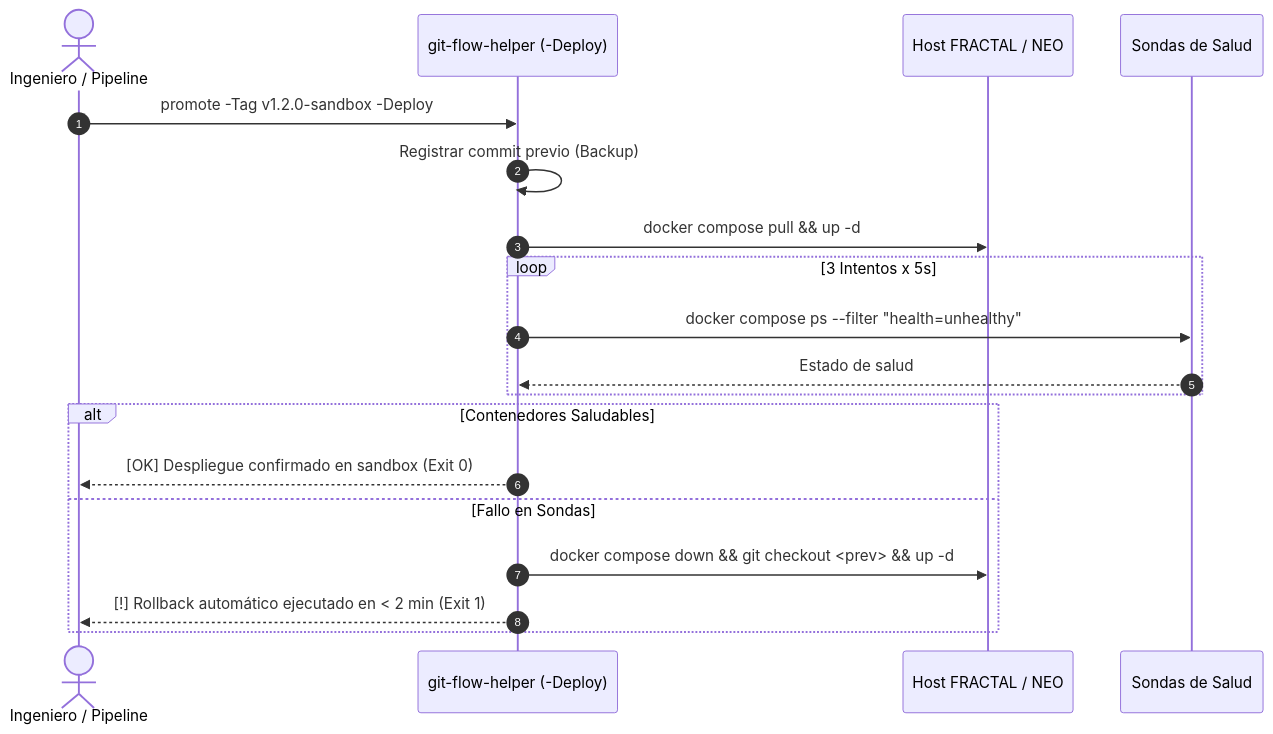
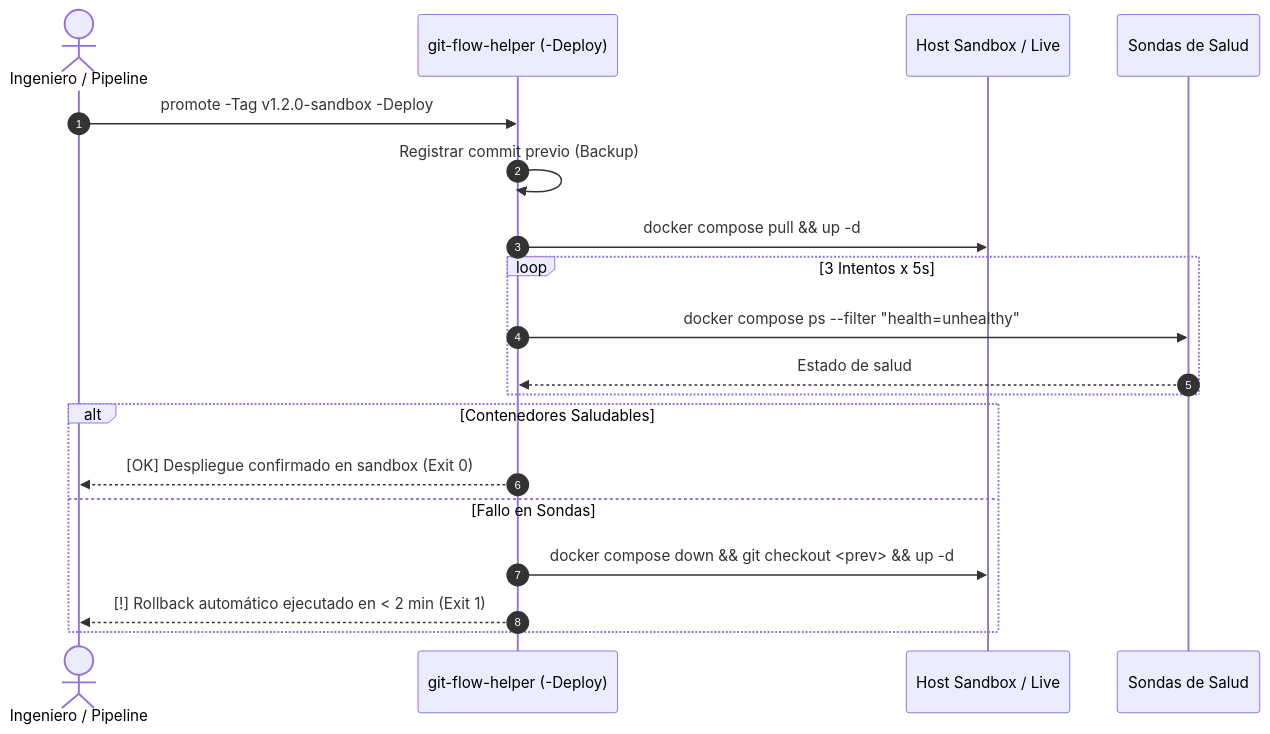
The diagram in doc/04-operations/runbooks/MANUAL_multitier_deployment.md (ACB75/aagy), drawn with Mermaid before and after one commit. The commit also changed other lines of this file and 137 other files, not shown here.

````diff
--- a/doc/04-operations/runbooks/MANUAL_multitier_deployment.md
+++ b/doc/04-operations/runbooks/MANUAL_multitier_deployment.md
@@ -24,22 +28,22 @@
 ```mermaid
 sequenceDiagram
     autonumber
     actor Dev as Ingeniero / Pipeline
     participant Tool as git-flow-helper (-Deploy)
-    participant Host as Host FRACTAL / NEO
+    participant Host as Host Sandbox / Live
     participant SRE as Sondas de Salud
 
     Dev->>Tool: promote -Tag v1.2.0-sandbox -Deploy
     Tool->>Tool: Registrar commit previo (Backup)
     Tool->>Host: docker compose pull && up -d
     loop 3 Intentos x 5s
         Tool->>SRE: docker compose ps --filter "health=unhealthy"
         SRE-->>Tool: Estado de salud
     end
     alt Contenedores Saludables
         Tool-->>Dev: [OK] Despliegue confirmado en sandbox (Exit 0)
     else Fallo en Sondas
         Tool->>Host: docker compose down && git checkout <prev> && up -d
         Tool-->>Dev: [!] Rollback automático ejecutado en < 2 min (Exit 1)
     end
 ```
````
